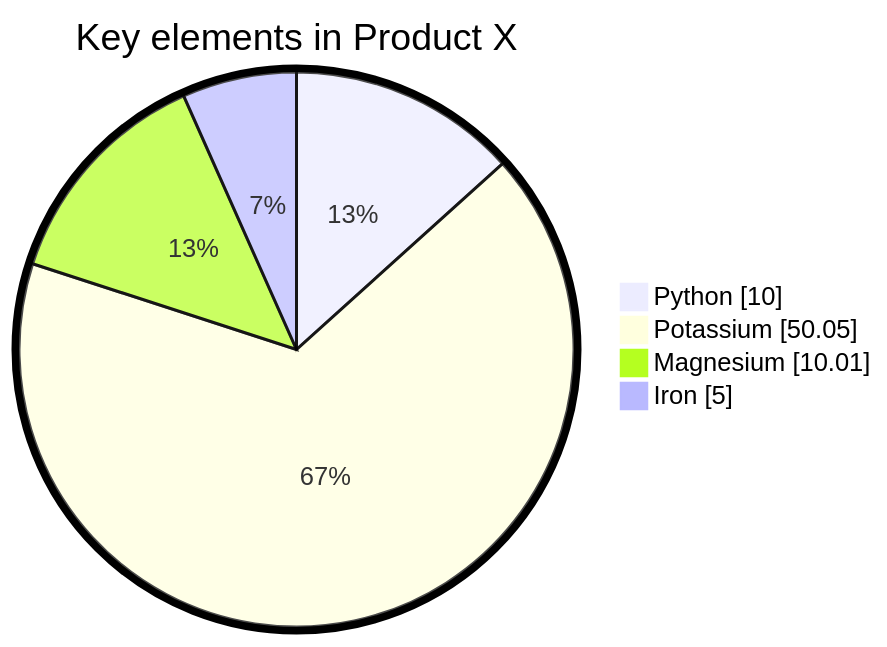
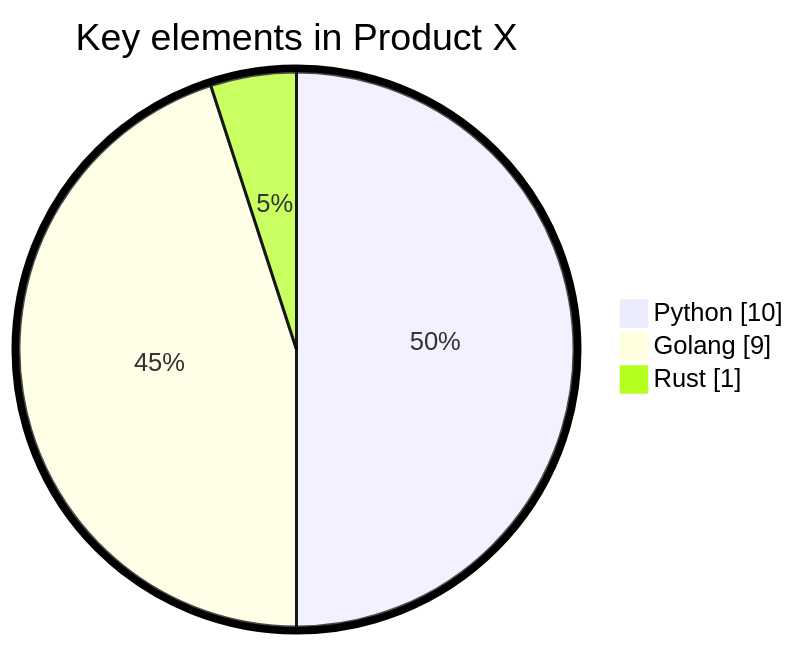
The diagram in README.md (dev-hack95/dev-hack95), drawn with Mermaid before and after one commit.

````diff
--- a/README.md
+++ b/README.md
@@ -31,9 +31,8 @@
 ```mermaid
 %%{init: {"pie": {"textPosition": 0.5}, "themeVariables": {"pieOuterStrokeWidth": "5px"}} }%%
 pie showData
     title Key elements in Product X
     "Python" : 10.0
-    "Potassium" : 50.05
-    "Magnesium" : 10.01
-    "Iron" :  5
+    "Golang" : 9.0
+    "Rust" : 1.0
 ```
````
